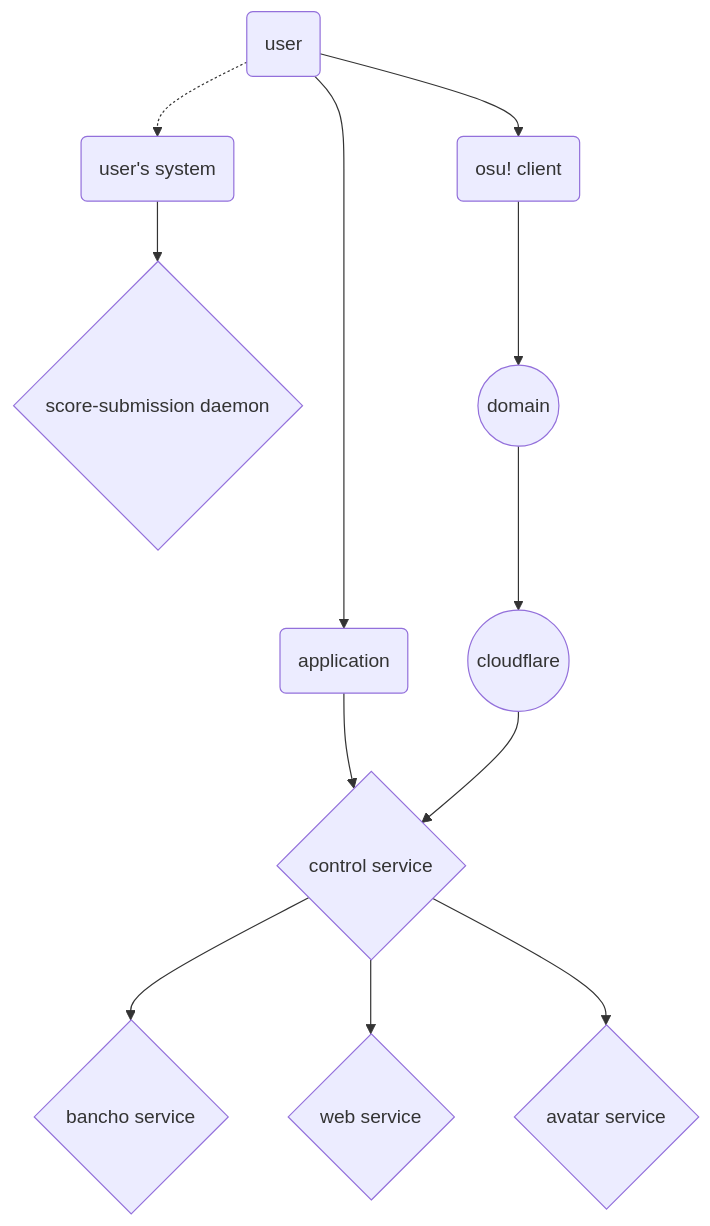
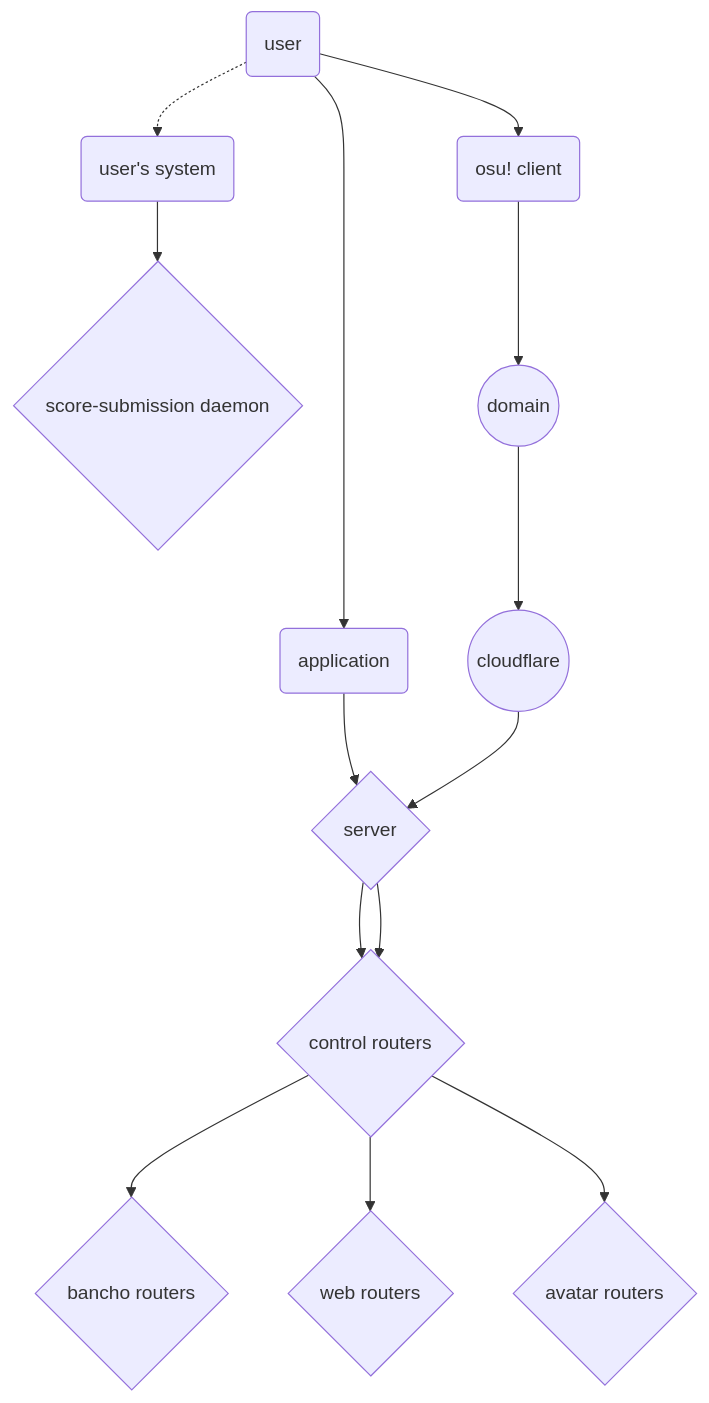
One commit to jeevanjohnson/local-osu-server changed the first of 2 diagrams in README.md. Above: the diagram before and after it, drawn with Mermaid. The commit also changed 15 other files, not shown here.

````diff
--- a/README.md
+++ b/README.md
@@ -8,26 +8,27 @@
 ```mermaid
 flowchart TB
 USER(user)
 USER_SYSTEM(user's system)
 APPLICATION(application)
 OSU_CLIENT(osu! client)
-BANCHO_SERVICE{bancho service}
-WEB_SERVICE{web service}
-AVATAR_SERVICE{avatar service}
-CONTROL_POINT{control service}
-SCORE_SUBMISSION_SERVICE{score-submission daemon}
+BANCHO_ROUTERS{bancho routers}
+WEB_ROUTERS{web routers}
+AVATAR_ROUTERS{avatar routers}
+CONTROL_POINT{control routers}
+SERVER{server}
+SCORE_SUBMISSION_DAEMON{score-submission daemon}
 DOMAIN((domain))
 CLOUD_FLARE((cloudflare))
 
 %% =================================
 USER -.-> USER_SYSTEM
 
-USER --> APPLICATION --> CONTROL_POINT
-USER_SYSTEM --> SCORE_SUBMISSION_SERVICE
+USER --> APPLICATION --> SERVER --> CONTROL_POINT
+USER_SYSTEM --> SCORE_SUBMISSION_DAEMON
 
-USER --> OSU_CLIENT --> DOMAIN --> CLOUD_FLARE  --> CONTROL_POINT
+USER --> OSU_CLIENT --> DOMAIN --> CLOUD_FLARE  --> SERVER --> CONTROL_POINT
 
-CONTROL_POINT --> BANCHO_SERVICE
-CONTROL_POINT --> WEB_SERVICE
-CONTROL_POINT --> AVATAR_SERVICE
+CONTROL_POINT --> BANCHO_ROUTERS
+CONTROL_POINT --> WEB_ROUTERS
+CONTROL_POINT --> AVATAR_ROUTERS
 ```
````
